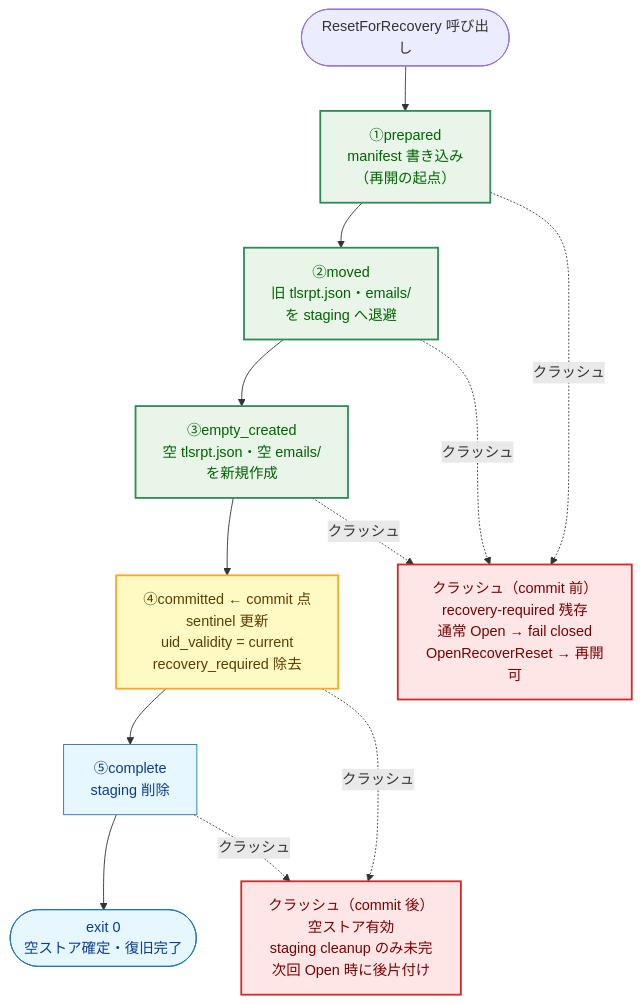
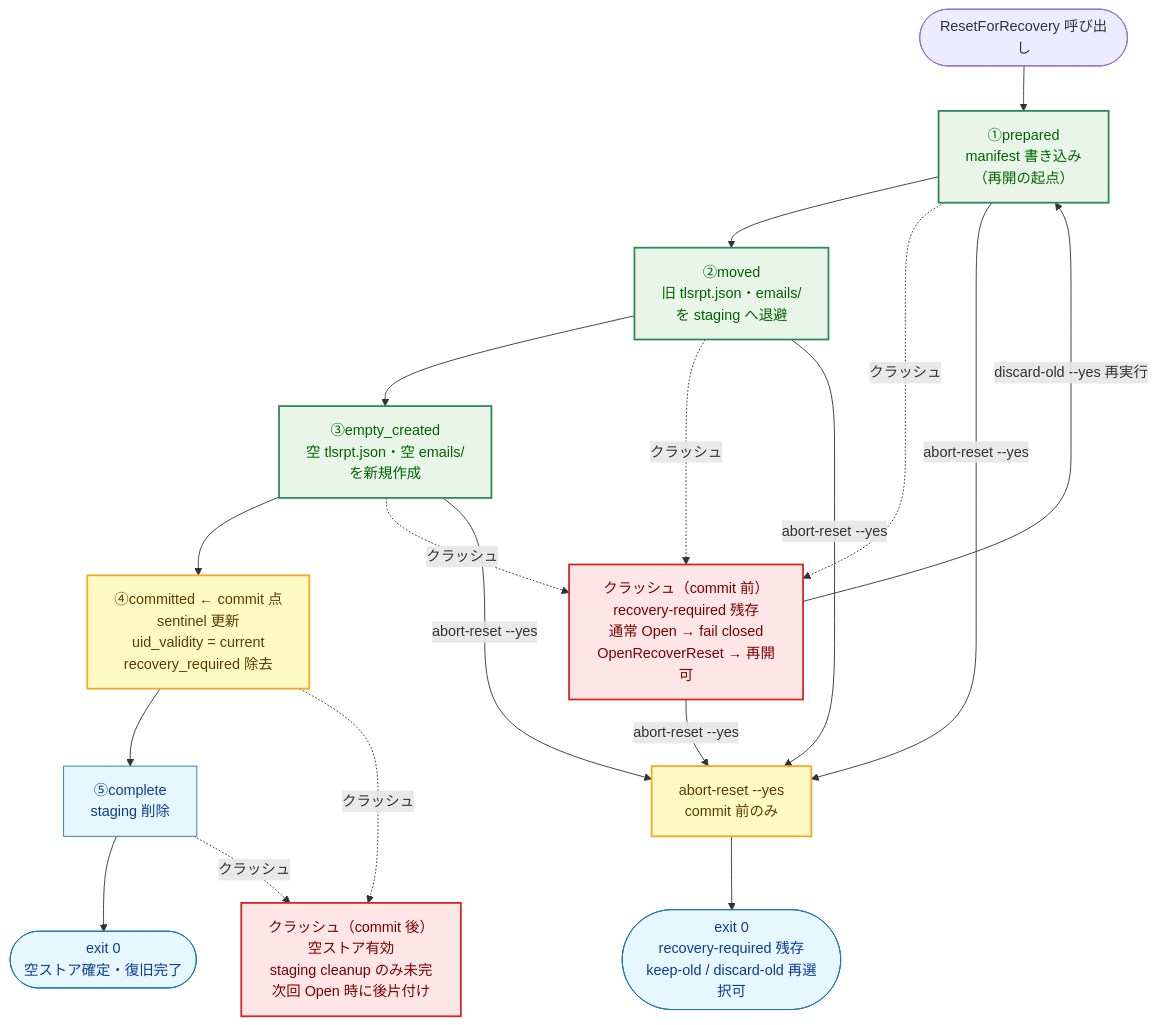
Diagram 13 of 13 in docs/tasks/0070_entrypoint/02_architecture.md (isseis/tlsrpt-digest), drawn with Mermaid before and after one commit. The commit also changed other lines of this file and 1 other file, not shown here.

First line of the commit message:
docs(task 0070): add recover --abort-reset escape hatch (AC-42..45)

````diff
--- a/docs/tasks/0070_entrypoint/02_architecture.md
+++ b/docs/tasks/0070_entrypoint/02_architecture.md
@@ -813,27 +816,35 @@
 ```mermaid
 flowchart TD
     classDef phase fill:#e8f5e8,stroke:#2e8b57,stroke-width:2px,color:#006400;
     classDef commitnode fill:#fff9c4,stroke:#f9a825,stroke-width:2px,color:#5a3e00;
     classDef done fill:#e6f7ff,stroke:#1f77b4,stroke-width:1px,color:#0b3d91;
     classDef problem fill:#ffe6e6,stroke:#d62728,stroke-width:2px,color:#7b0000;
 
     START(["ResetForRecovery 呼び出し"])
     P1["①prepared<br>manifest 書き込み<br>（再開の起点）"]
     P2["②moved<br>旧 tlsrpt.json・emails/<br>を staging へ退避"]
     P3["③empty_created<br>空 tlsrpt.json・空 emails/<br>を新規作成"]
     COMMIT["④committed ← commit 点<br>sentinel 更新<br>uid_validity = current<br>recovery_required 除去"]
     DONE["⑤complete<br>staging 削除"]
     END(["exit 0<br>空ストア確定・復旧完了"])
 
     CRASH_PRE["クラッシュ（commit 前）<br>recovery-required 残存<br>通常 Open → fail closed<br>OpenRecoverReset → 再開可"]
     CRASH_POST["クラッシュ（commit 後）<br>空ストア有効<br>staging cleanup のみ未完<br>次回 Open 時に後片付け"]
 
+    ABORT["abort-reset --yes<br>commit 前のみ"]
+    ABORT_END(["exit 0<br>recovery-required 残存<br>keep-old / discard-old 再選択可"])
+
     START --> P1 --> P2 --> P3 --> COMMIT --> DONE --> END
     P1 & P2 & P3 -.->|"クラッシュ"| CRASH_PRE
     COMMIT & DONE -.->|"クラッシュ"| CRASH_POST
+    CRASH_PRE -->|"discard-old --yes 再実行"| P1
+    CRASH_PRE -->|"abort-reset --yes"| ABORT
+    P1 & P2 & P3 -->|"abort-reset --yes"| ABORT
+    ABORT --> ABORT_END
 
     class P1,P2,P3 phase
     class COMMIT commitnode
-    class DONE,END done
+    class DONE,END,ABORT_END done
     class CRASH_PRE,CRASH_POST problem
+    class ABORT commitnode
 ```
````
